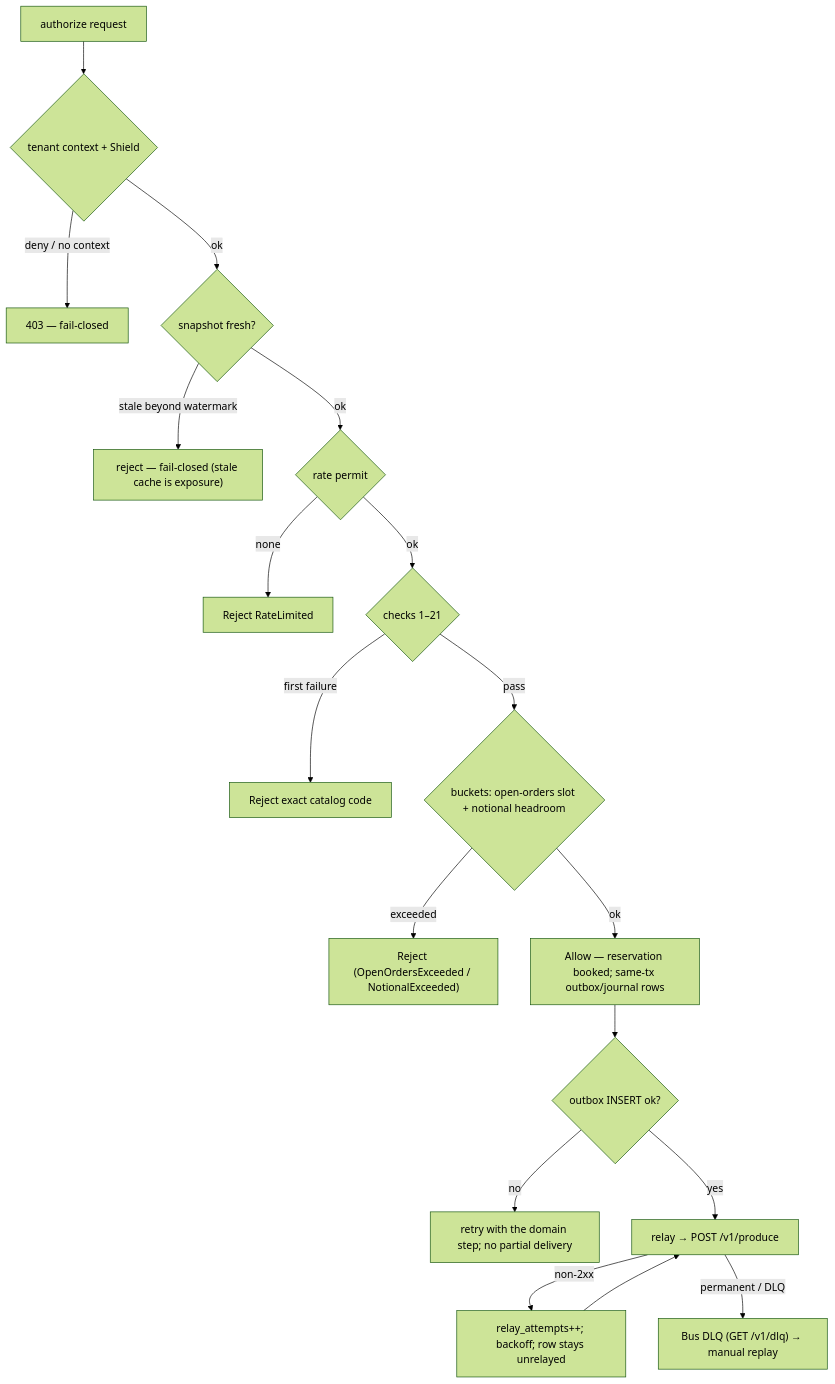
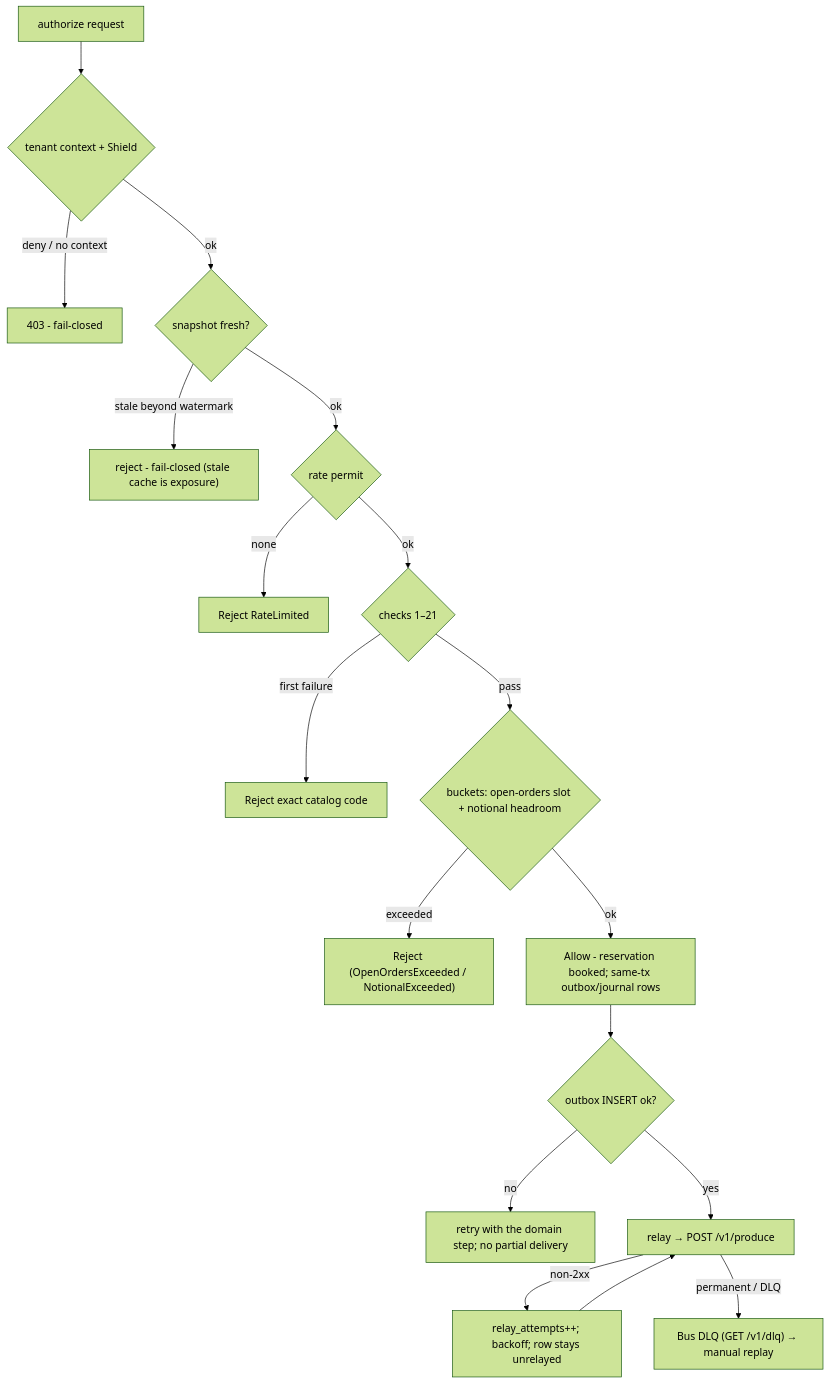
One commit to Exchange8-dev/exchange8-site changed diagram 11 of 14 in docs/products/risk/design.md. Above: the diagram before and after it, drawn with Mermaid (forest theme). The commit also changed other lines of this file and 72 other files, not shown here.

````diff
--- a/docs/products/risk/design.md
+++ b/docs/products/risk/design.md
@@ -467,20 +467,20 @@
 ```mermaid
 flowchart TD
     REQ["authorize request"] --> CTX{"tenant context + Shield"}
-    CTX -->|deny / no context| R403["403 — fail-closed"]
+    CTX -->|deny / no context| R403["403 - fail-closed"]
     CTX -->|ok| SNAP{"snapshot fresh?"}
-    SNAP -->|stale beyond watermark| RST["reject — fail-closed (stale cache is exposure)"]
+    SNAP -->|stale beyond watermark| RST["reject - fail-closed (stale cache is exposure)"]
     SNAP -->|ok| PER{"rate permit"}
     PER -->|none| RRL["Reject RateLimited"]
     PER -->|ok| MAT{"checks 1–21"}
     MAT -->|first failure| RCO["Reject exact catalog code"]
     MAT -->|pass| BUC{"buckets: open-orders slot + notional headroom"}
     BUC -->|exceeded| RLX["Reject (OpenOrdersExceeded / NotionalExceeded)"]
-    BUC -->|ok| ALW["Allow — reservation booked; same-tx outbox/journal rows"]
+    BUC -->|ok| ALW["Allow - reservation booked; same-tx outbox/journal rows"]
     ALW --> OB{"outbox INSERT ok?"}
     OB -->|no| RET["retry with the domain step; no partial delivery"]
     OB -->|yes| RLY["relay → POST /v1/produce"]
     RLY -->|non-2xx| RET2["relay_attempts++; backoff; row stays unrelayed"]
     RET2 --> RLY
     RLY -->|permanent / DLQ| DLQ["Bus DLQ (GET /v1/dlq) → manual replay"]
 ```
````
